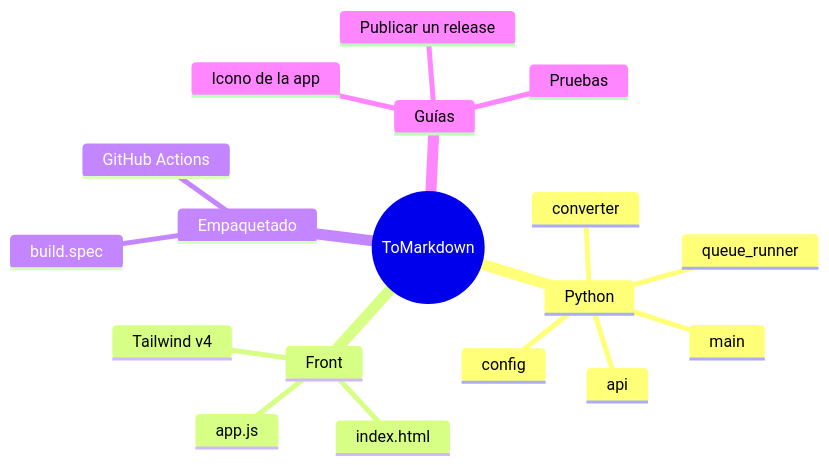
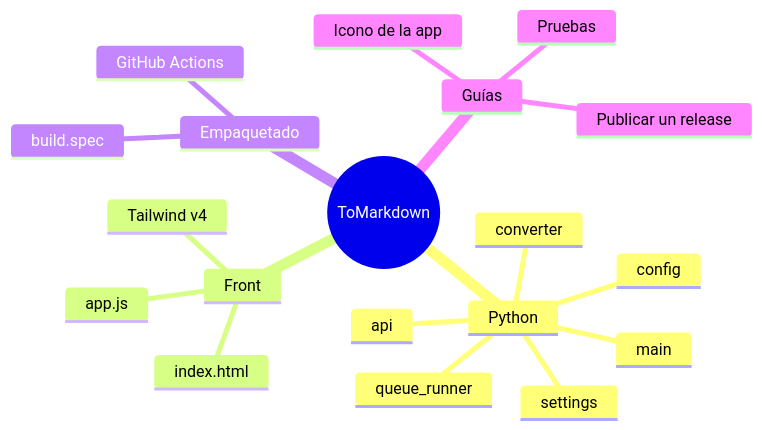
The diagram in docs/index.md (YERCKEN/tomarkdown), drawn with Mermaid before and after one commit. The commit also changed 10 other files, not shown here.

````diff
--- a/docs/index.md
+++ b/docs/index.md
@@ -32,21 +32,22 @@
 ```mermaid
 mindmap
   root((ToMarkdown))
     Python
       config
       converter
       queue_runner
       api
+      settings
       main
     Front
       index.html
       app.js
       Tailwind v4
     Empaquetado
       build.spec
       GitHub Actions
     Guías
       Icono de la app
       Pruebas
       Publicar un release
 ```
````
